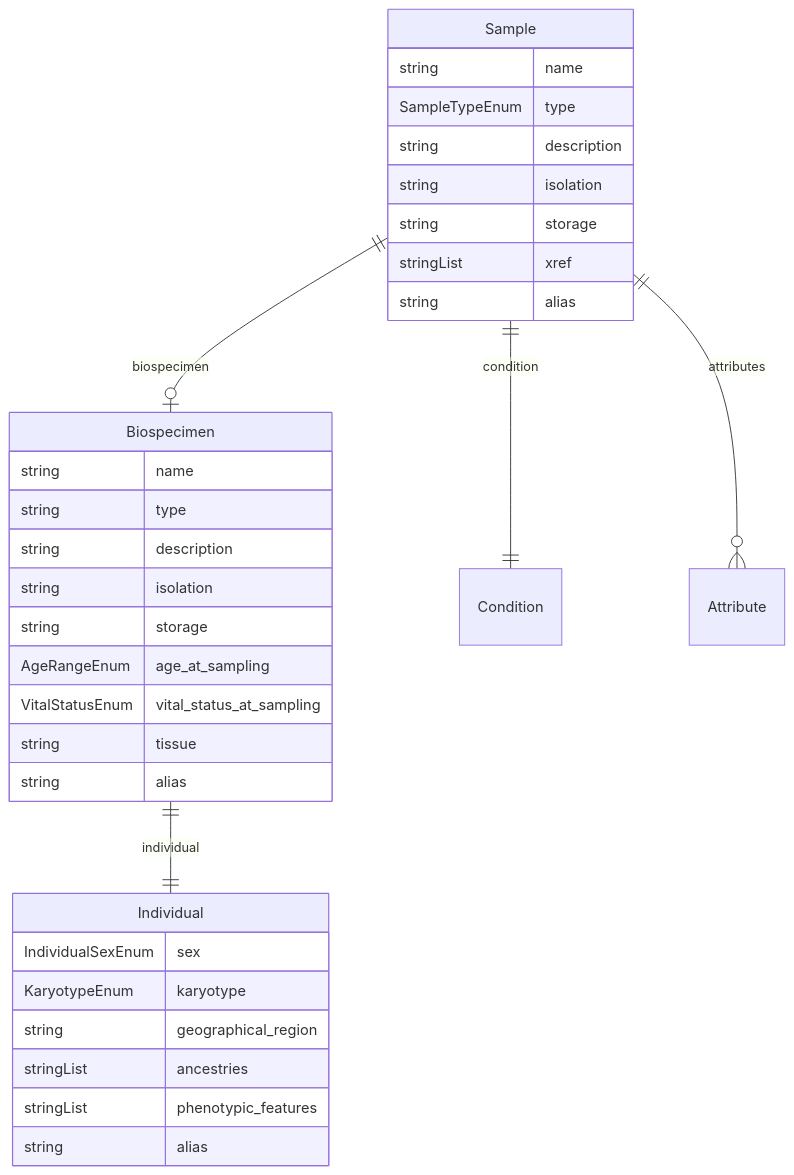
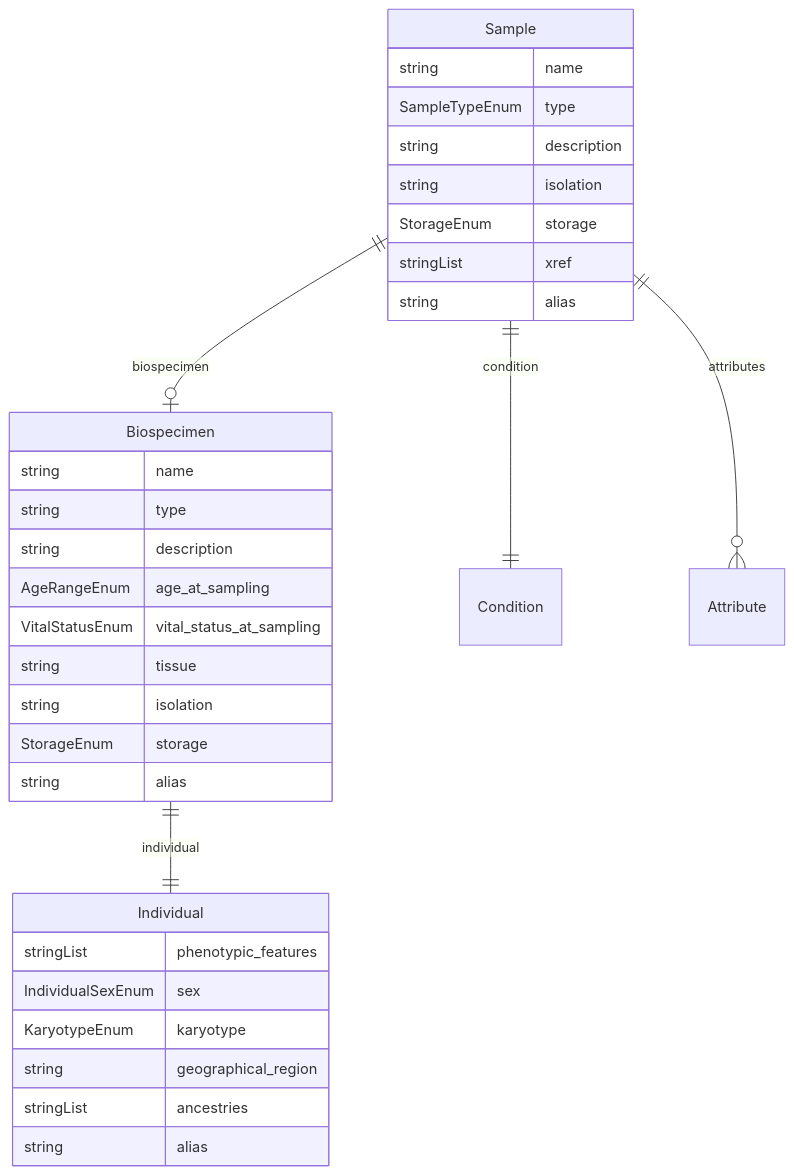
One commit to ghga-de/ghga-metadata-schema changed the fifth of 7 diagrams in docs/entity_relations.md. Above: the diagram before and after it, drawn with Mermaid. The commit also changed other lines of this file and 37 other files, not shown here.

First line of the commit message:
Schema fixes (#136)

````diff
--- a/docs/entity_relations.md
+++ b/docs/entity_relations.md
@@ -224,37 +224,37 @@
 ```mermaid
 erDiagram
 Individual {
+    stringList phenotypic_features  
     IndividualSexEnum sex  
     KaryotypeEnum karyotype  
     string geographical_region  
     stringList ancestries  
-    stringList phenotypic_features  
     string alias  
 }
 Biospecimen {
     string name  
     string type  
     string description  
-    string isolation  
-    string storage  
     AgeRangeEnum age_at_sampling  
     VitalStatusEnum vital_status_at_sampling  
     string tissue  
+    string isolation  
+    StorageEnum storage  
     string alias  
 }
 Sample {
     string name  
     SampleTypeEnum type  
     string description  
     string isolation  
-    string storage  
+    StorageEnum storage  
     stringList xref  
     string alias  
 }
 
 Biospecimen ||--|| Individual : "individual"
+Sample ||--|| Condition : "condition"
 Sample ||--|o Biospecimen : "biospecimen"
-Sample ||--|| Condition : "condition"
 Sample ||--}o Attribute : "attributes"
 
 ```
````
